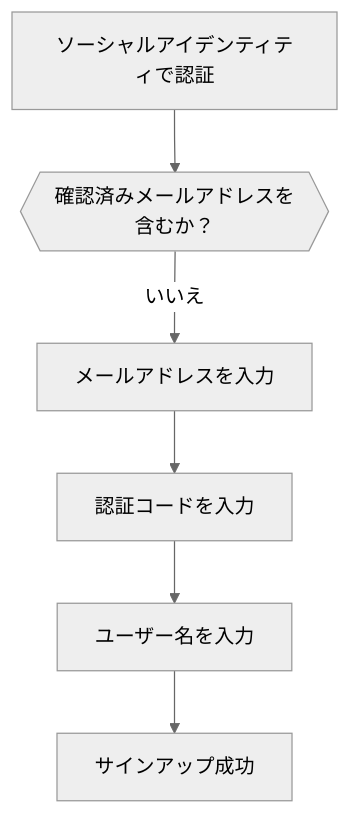
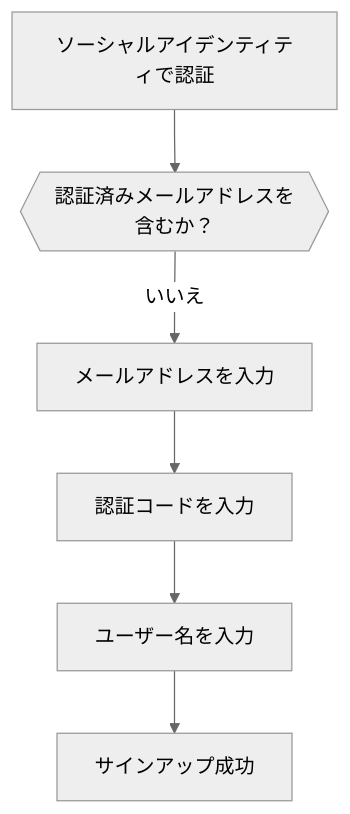
Before and after one commit to logto-io/docs: the fourth of 6 diagrams in i18n/ja/docusaurus-plugin-content-docs/current/end-user-flows/sign-up-and-sign-in/social-sign-in.mdx, drawn with Mermaid (neutral theme). The commit also changed other lines of this file and 67 other files, not shown here.

````diff
--- a/i18n/ja/docusaurus-plugin-content-docs/current/end-user-flows/sign-up-and-sign-in/social-sign-in.mdx
+++ b/i18n/ja/docusaurus-plugin-content-docs/current/end-user-flows/sign-up-and-sign-in/social-sign-in.mdx
@@ -127,8 +129,8 @@
    ```mermaid
    flowchart TD
-      A[ソーシャルアイデンティティで認証] --> B{{確認済みメールアドレスを含むか？}}
+      A[ソーシャルアイデンティティで認証] --> B{{認証済みメールアドレスを含むか？}}
       B -- いいえ --> C[メールアドレスを入力]
       C --> D[認証コードを入力]
       D --> E[ユーザー名を入力]
       E --> F[サインアップ成功]
    ```
````
